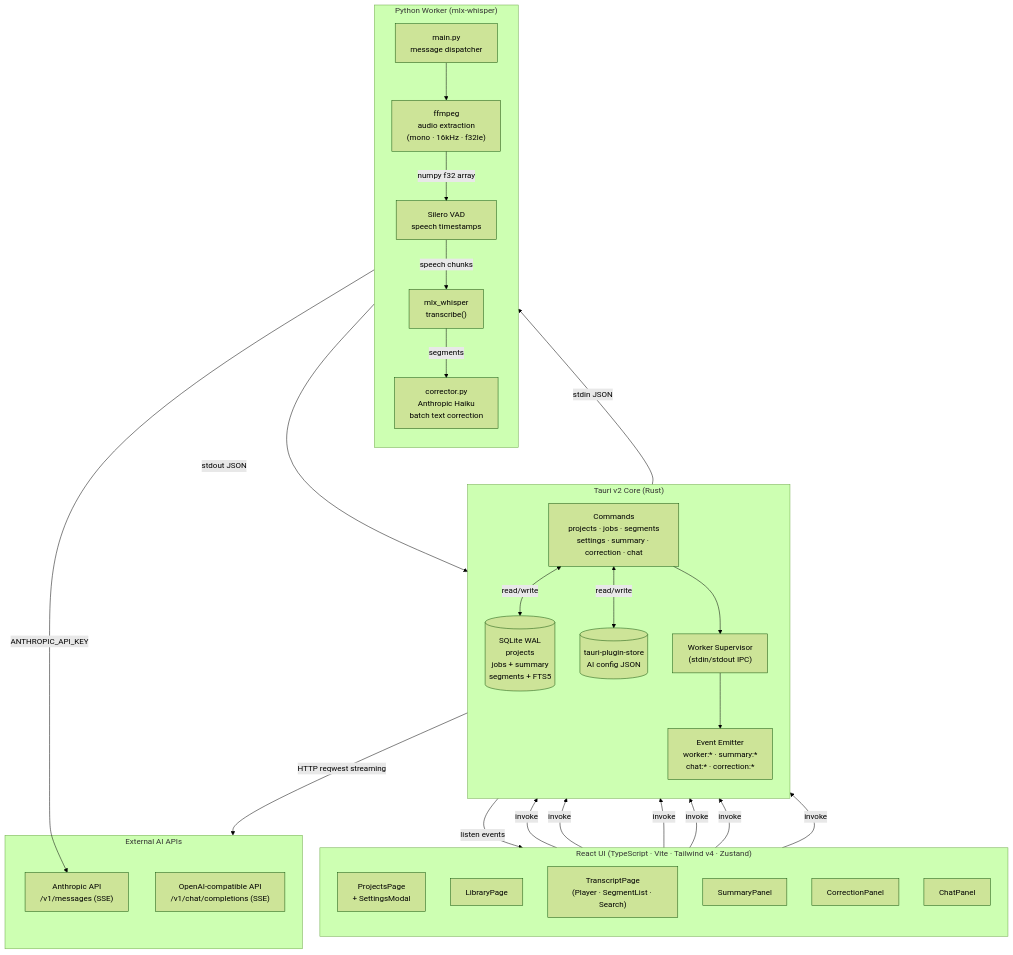
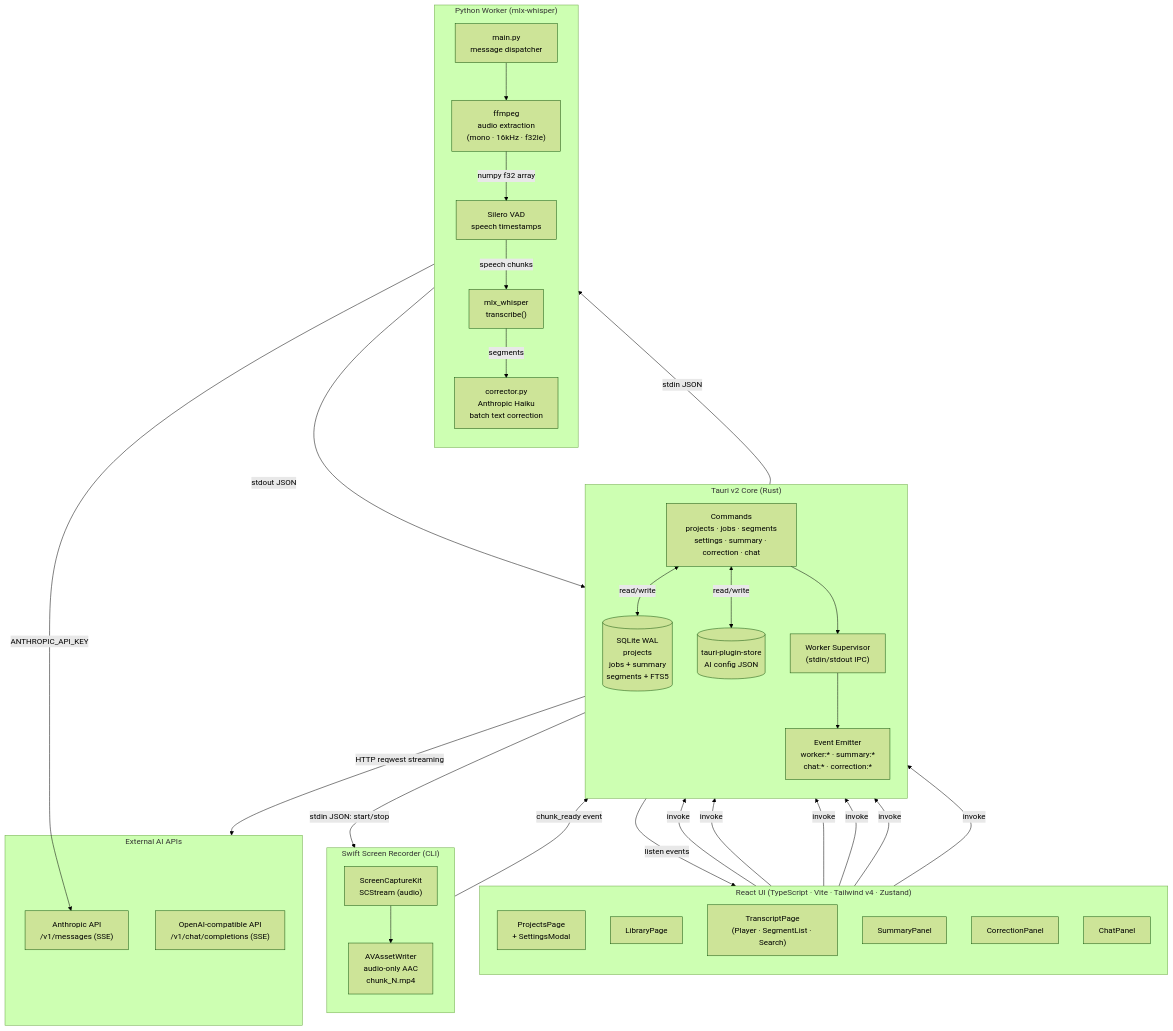
Before and after one commit to CHA-CHA-CHA-EP1/MTT: the first of 4 diagrams in README.md, drawn with Mermaid (forest theme). The commit also changed other lines of this file and 282 other files, not shown here.

````diff
--- a/README.md
+++ b/README.md
@@ -39,58 +45,68 @@
 ```mermaid
 flowchart TD
     subgraph UI["React UI (TypeScript · Vite · Tailwind v4 · Zustand)"]
         direction TB
         PP["ProjectsPage\n+ SettingsModal"]
         LP["LibraryPage"]
         TP["TranscriptPage\n(Player · SegmentList · Search)"]
         SP["SummaryPanel"]
         CP["CorrectionPanel"]
         CH["ChatPanel"]
     end
 
     subgraph TAURI["Tauri v2 Core (Rust)"]
         direction TB
         CMD["Commands\nprojects · jobs · segments\nsettings · summary · correction · chat"]
         DB[("SQLite WAL\nprojects\njobs + summary\nsegments + FTS5")]
         STORE[("tauri-plugin-store\nAI config JSON")]
         WS["Worker Supervisor\n(stdin/stdout IPC)"]
         EV["Event Emitter\nworker:* · summary:*\nchat:* · correction:*"]
+    end
+
+    subgraph REC["Swift Screen Recorder (CLI)"]
+        direction TB
+        SCK["ScreenCaptureKit\nSCStream (audio)"]
+        AW["AVAssetWriter\naudio-only AAC\nchunk_N.mp4"]
     end
 
     subgraph PY["Python Worker (mlx-whisper)"]
         direction TB
         MAIN["main.py\nmessage dispatcher"]
         VAD["Silero VAD\nspeech timestamps"]
         FF["ffmpeg\naudio extraction\n(mono · 16kHz · f32le)"]
         WH["mlx_whisper\ntranscribe()"]
         COR["corrector.py\nAnthropic Haiku\nbatch text correction"]
     end
 
     subgraph AI["External AI APIs"]
         ANT["Anthropic API\n/v1/messages (SSE)"]
         OAI["OpenAI-compatible API\n/v1/chat/completions (SSE)"]
     end
 
     PP -->|invoke| CMD
     LP -->|invoke| CMD
     TP -->|invoke| CMD
     SP -->|invoke| CMD
     CP -->|invoke| CMD
     CH -->|invoke| CMD
 
     CMD <-->|read/write| DB
     CMD <-->|read/write| STORE
     CMD --> WS
     CMD -->|HTTP reqwest streaming| AI
     EV -->|listen events| UI
 
     WS -->|stdin JSON| MAIN
     MAIN -->|stdout JSON| WS
     WS --> EV
 
+    WS -->|stdin JSON: start/stop| SCK
+    SCK --> AW
+    AW -->|chunk_ready event| WS
+
     MAIN --> FF
     FF -->|numpy f32 array| VAD
     VAD -->|speech chunks| WH
     WH -->|segments| COR
     COR -->|ANTHROPIC_API_KEY| ANT
 ```
````
